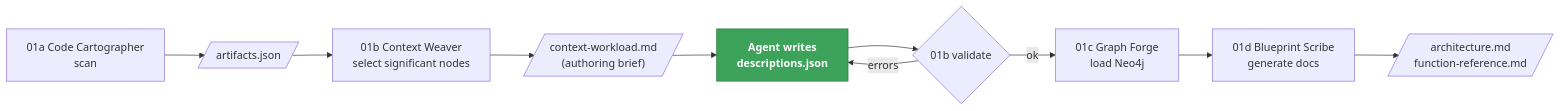
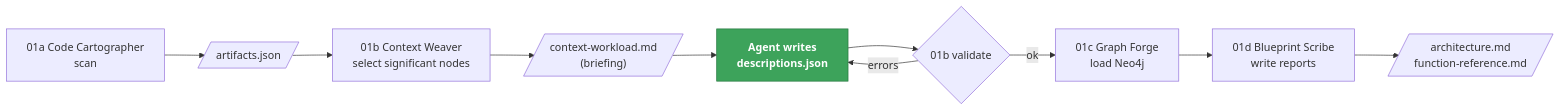
Before and after one commit to KrishnaAnnavaram/MARS: the tenth of 31 diagrams in README.md, drawn with Mermaid. The commit also changed other lines of this file and 1 other file, not shown here.

````diff
--- a/README.md
+++ b/README.md
@@ -590,15 +614,15 @@
 ```mermaid
 flowchart LR
     S["01a Code Cartographer<br/>scan"] --> AJ[/"artifacts.json"/]
     AJ --> W["01b Context Weaver<br/>select significant nodes"]
-    W --> BR[/"context-workload.md<br/>(authoring brief)"/]
+    W --> BR[/"context-workload.md<br/>(briefing)"/]
     BR --> AG["Agent writes<br/>descriptions.json"]
     AG --> VAL{"01b validate"}
     VAL -->|errors| AG
     VAL -->|ok| GF["01c Graph Forge<br/>load Neo4j"]
-    GF --> BS["01d Blueprint Scribe<br/>generate docs"]
+    GF --> BS["01d Blueprint Scribe<br/>write reports"]
     BS --> DOCS[/"architecture.md<br/>function-reference.md"/]
 
     classDef agent fill:#3DA35B,stroke:#26773f,color:#fff,font-weight:bold
     class AG agent
 ```
````
